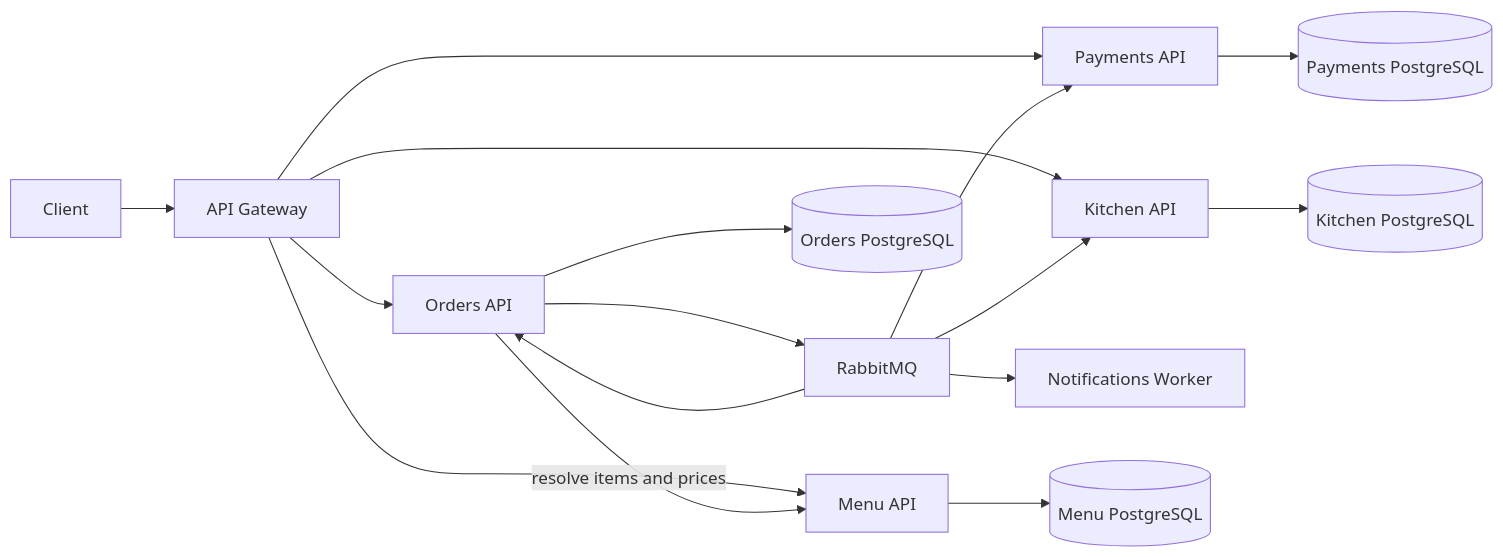
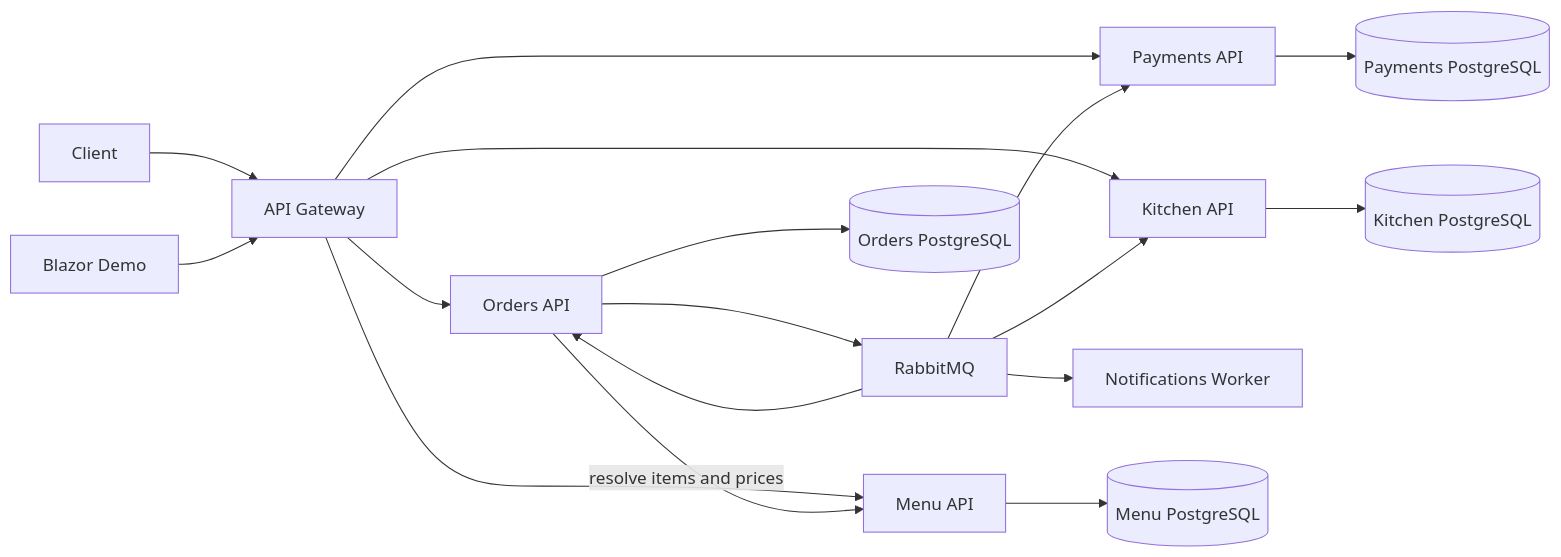
One commit to Rodrigorxt/restaurantflow changed the diagram in README.md. Above: the diagram before and after it, drawn with Mermaid. The commit also changed other lines of this file and 18 other files, not shown here.

Commit message:
Add interactive Blazor workflow demo

````diff
--- a/README.md
+++ b/README.md
@@ -9,18 +9,19 @@
 ```mermaid
 flowchart LR
     Client --> Gateway[API Gateway]
+    Demo[Blazor Demo] --> Gateway
     Gateway --> Menu[Menu API]
     Gateway --> Orders[Orders API]
     Gateway --> Kitchen[Kitchen API]
     Gateway --> Payments[Payments API]
     Orders -- resolve items and prices --> Menu
     Orders --> RabbitMQ
     RabbitMQ --> Orders
     RabbitMQ --> Payments
     RabbitMQ --> Kitchen
     RabbitMQ --> Notifications[Notifications Worker]
     Menu --> MenuDb[(Menu PostgreSQL)]
     Orders --> OrdersDb[(Orders PostgreSQL)]
     Payments --> PaymentsDb[(Payments PostgreSQL)]
     Kitchen --> KitchenDb[(Kitchen PostgreSQL)]
 ```
````
